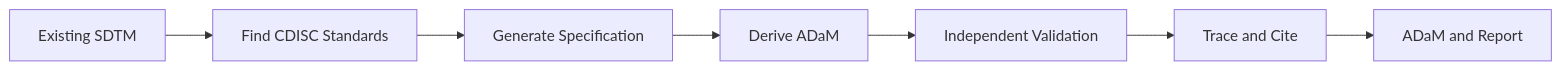
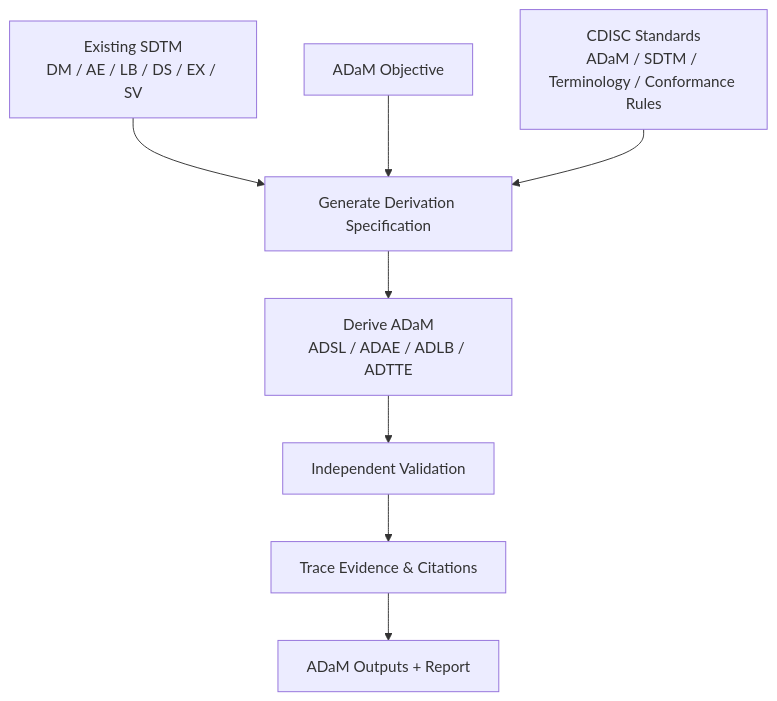
The diagram in README.md (YinaLiLi/CDISC-standards-driven-sdtm-to-adam-skill), drawn with Mermaid before and after one commit. The commit also changed other lines of this file and 2 other files, not shown here.

Commit message:
Redesign README around CDISC Skill invocation

````diff
--- a/README.md
+++ b/README.md
@@ -5,9 +21,19 @@
 ```mermaid
-flowchart LR
-    A[Existing SDTM] --> B[Find CDISC Standards]
-    B --> C[Generate Specification]
-    C --> D[Derive ADaM]
-    D --> E[Independent Validation]
-    E --> F[Trace and Cite]
-    F --> G[ADaM and Report]
+flowchart TD
+    A[Existing SDTM<br/>DM / AE / LB / DS / EX / SV]
+    B[ADaM Objective]
+    S[CDISC Standards<br/>ADaM / SDTM / Terminology / Conformance Rules]
+    C[Generate Derivation Specification]
+    D[Derive ADaM<br/>ADSL / ADAE / ADLB / ADTTE]
+    E[Independent Validation]
+    F[Trace Evidence & Citations]
+    G[ADaM Outputs + Report]
+
+    A --> C
+    B --> C
+    S --> C
+    C --> D
+    D --> E
+    E --> F
+    F --> G
 ```
````
